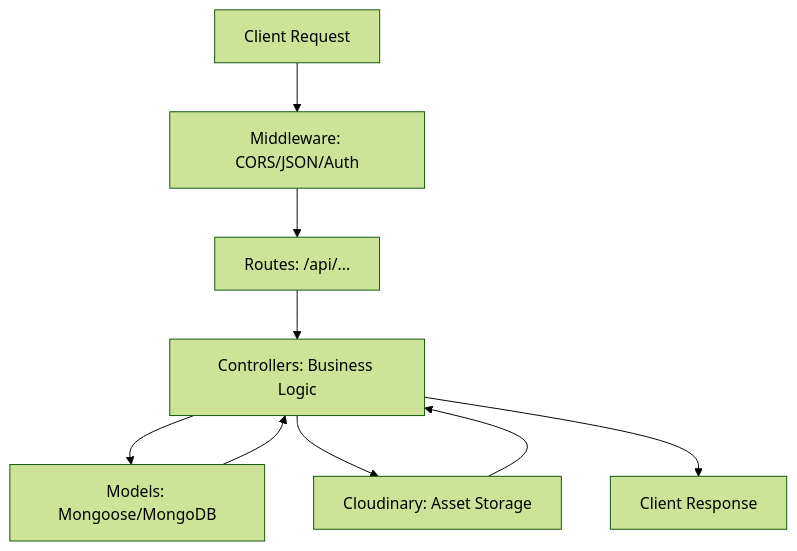
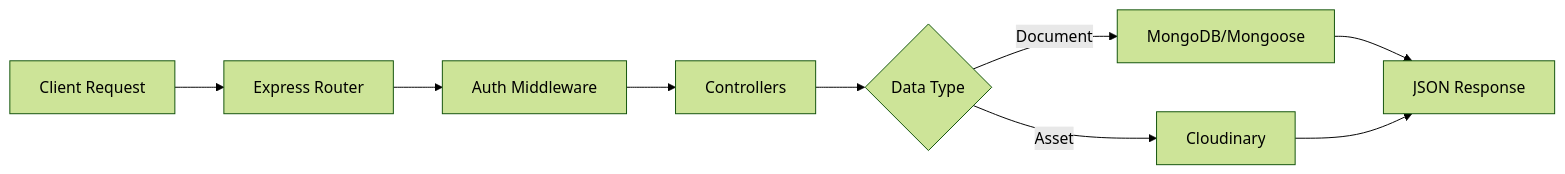
One commit to IIE-Tech-Club/backend changed the diagram in README.md. Above: the diagram before and after it, drawn with Mermaid (forest theme). The commit also changed other lines of this file, not shown here.

````diff
--- a/README.md
+++ b/README.md
@@ -27,11 +37,11 @@
 ```mermaid
-graph TD
-    A[Client Request] --> B[Middleware: CORS/JSON/Auth]
-    B --> C[Routes: /api/...]
-    C --> D[Controllers: Business Logic]
-    D --> E[Models: Mongoose/MongoDB]
-    E --> D
-    D --> F[Cloudinary: Asset Storage]
-    F --> D
-    D --> G[Client Response]
+graph LR
+    A[Client Request] --> B[Express Router]
+    B --> C[Auth Middleware]
+    C --> D[Controllers]
+    D --> E{Data Type}
+    E -- Document --> F[MongoDB/Mongoose]
+    E -- Asset --> G[Cloudinary]
+    F --> H[JSON Response]
+    G --> H
 ```
````
